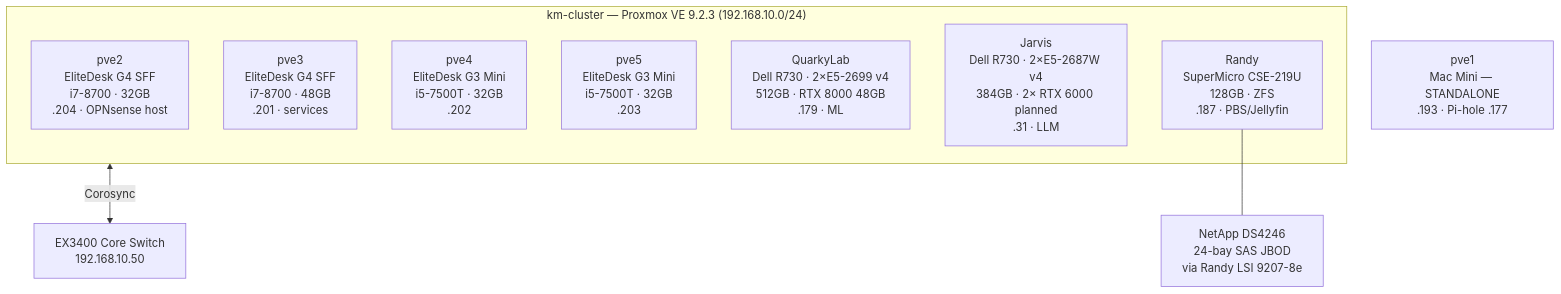
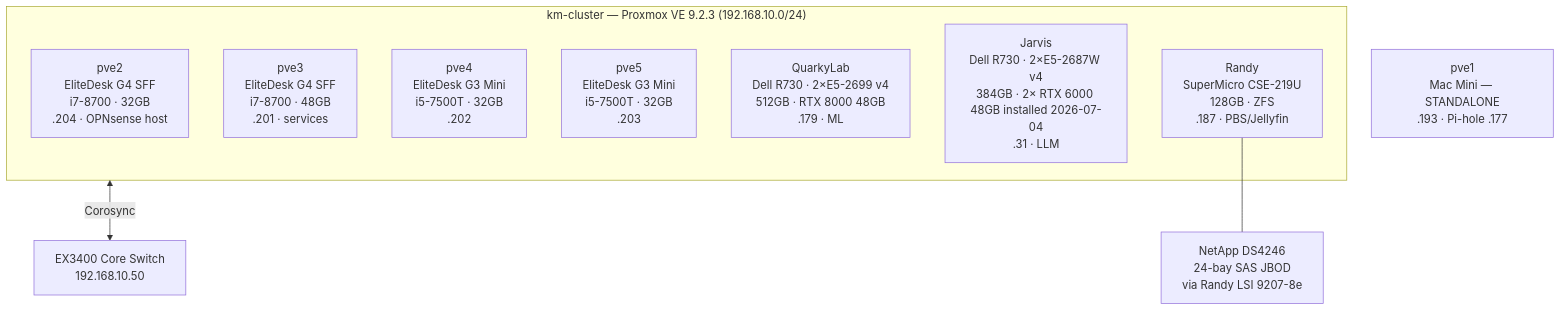
Before and after one commit to machismo0311/Home-Lab: the diagram in vault/Infrastructure/Proxmox Cluster.md, drawn with Mermaid. The commit also changed other lines of this file and 11 other files, not shown here.

````diff
--- a/vault/Infrastructure/Proxmox Cluster.md
+++ b/vault/Infrastructure/Proxmox Cluster.md
@@ -9,18 +9,18 @@
 ```mermaid
 flowchart TB
     subgraph CLUSTER["km-cluster — Proxmox VE 9.2.3 (192.168.10.0/24)"]
         PVE2[pve2\nEliteDesk G4 SFF\ni7-8700 · 32GB\n.204 · OPNsense host]
         PVE3[pve3\nEliteDesk G4 SFF\ni7-8700 · 48GB\n.201 · services]
         PVE4[pve4\nEliteDesk G3 Mini\ni5-7500T · 32GB\n.202]
         PVE5[pve5\nEliteDesk G3 Mini\ni5-7500T · 32GB\n.203]
         QUARK[QuarkyLab\nDell R730 · 2×E5-2699 v4\n512GB · RTX 8000 48GB\n.179 · ML]
-        JARVIS[Jarvis\nDell R730 · 2×E5-2687W v4\n384GB · 2× RTX 6000 planned\n.31 · LLM]
+        JARVIS[Jarvis\nDell R730 · 2×E5-2687W v4\n384GB · 2× RTX 6000 48GB installed 2026-07-04\n.31 · LLM]
         RANDY[Randy\nSuperMicro CSE-219U\n128GB · ZFS\n.187 · PBS/Jellyfin]
     end
 
     PVE1[pve1\nMac Mini — STANDALONE\n.193 · Pi-hole .177]
     NAS[NetApp DS4246\n24-bay SAS JBOD\nvia Randy LSI 9207-8e]
 
     CLUSTER <-->|Corosync| NETWORK[EX3400 Core Switch\n192.168.10.50]
     RANDY --- NAS
 ```
````
